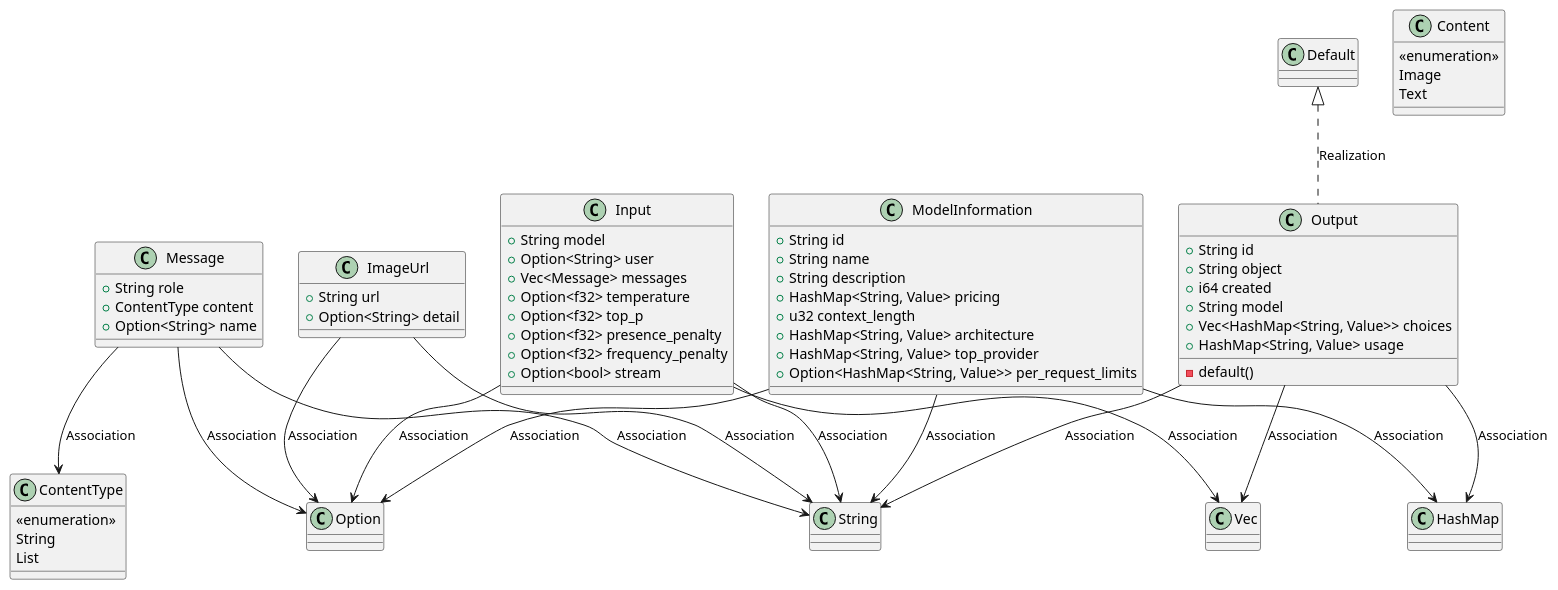
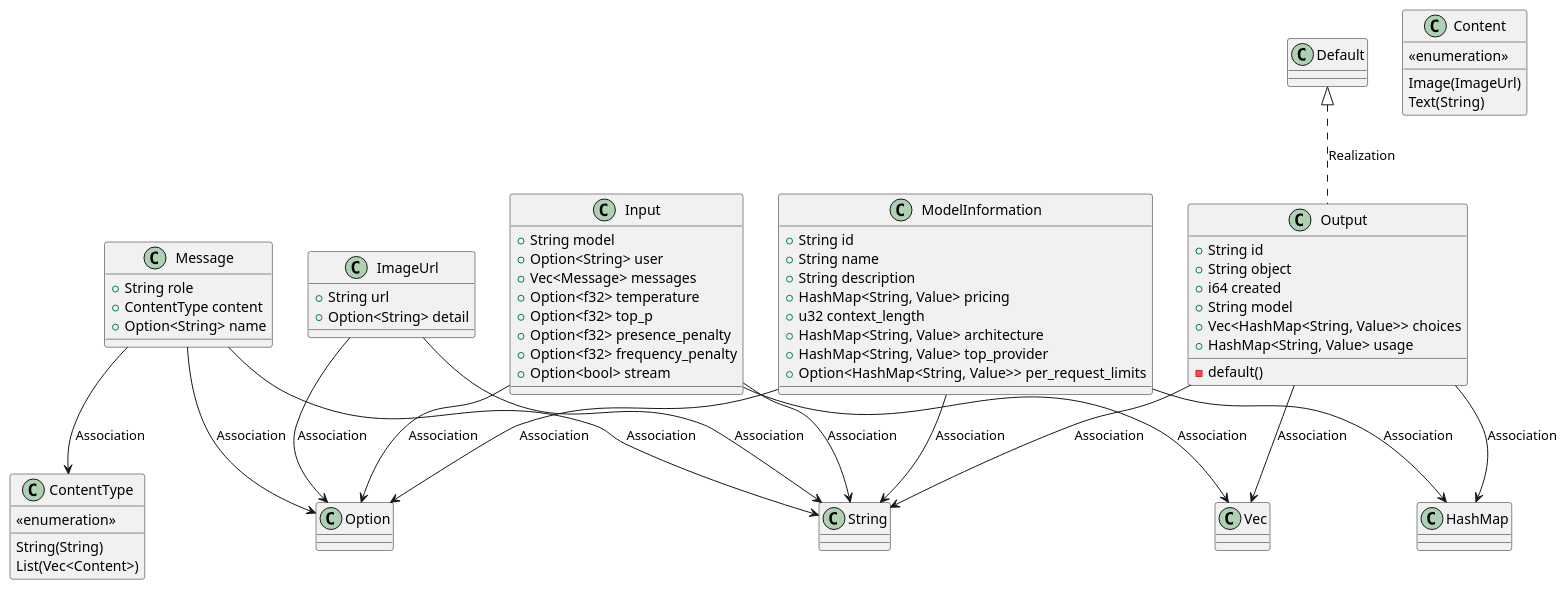
The first of 2 diagrams in openwiki/modules/src/application/dtos.md (lgcorzo/fastapi-autogen-team), drawn with PlantUML before and after one commit. The commit also changed other lines of this file and 34 other files, not shown here.

````diff
--- a/openwiki/modules/src/application/dtos.md
+++ b/openwiki/modules/src/application/dtos.md
@@ -26,67 +26,67 @@
 ```plantuml
 @startuml
     class ImageUrl {
         +String url
         +Option<String> detail
     }
     class Content {
         <<enumeration>>
-        Image
-        Text
+        Image(ImageUrl)
+        Text(String)
     }
     class ModelInformation {
         +String id
         +String name
         +String description
         +HashMap<String, Value> pricing
         +u32 context_length
         +HashMap<String, Value> architecture
         +HashMap<String, Value> top_provider
         +Option<HashMap<String, Value>> per_request_limits
     }
     class Message {
         +String role
         +ContentType content
         +Option<String> name
     }
     class ContentType {
         <<enumeration>>
-        String
-        List
+        String(String)
+        List(Vec<Content>)
     }
     class Input {
         +String model
         +Option<String> user
         +Vec<Message> messages
         +Option<f32> temperature
         +Option<f32> top_p
         +Option<f32> presence_penalty
         +Option<f32> frequency_penalty
         +Option<bool> stream
     }
     class Output {
         +String id
         +String object
         +i64 created
         +String model
         +Vec<HashMap<String, Value>> choices
         +HashMap<String, Value> usage
         -default()
     }
     Default <|.. Output : Realization
     ImageUrl --> Option : Association
     ImageUrl --> String : Association
     Input --> Option : Association
     Input --> String : Association
     Input --> Vec : Association
     Message --> ContentType : Association
     Message --> Option : Association
     Message --> String : Association
     ModelInformation --> HashMap : Association
     ModelInformation --> Option : Association
     ModelInformation --> String : Association
     Output --> HashMap : Association
     Output --> String : Association
     Output --> Vec : Association
 @enduml
 ```
````
